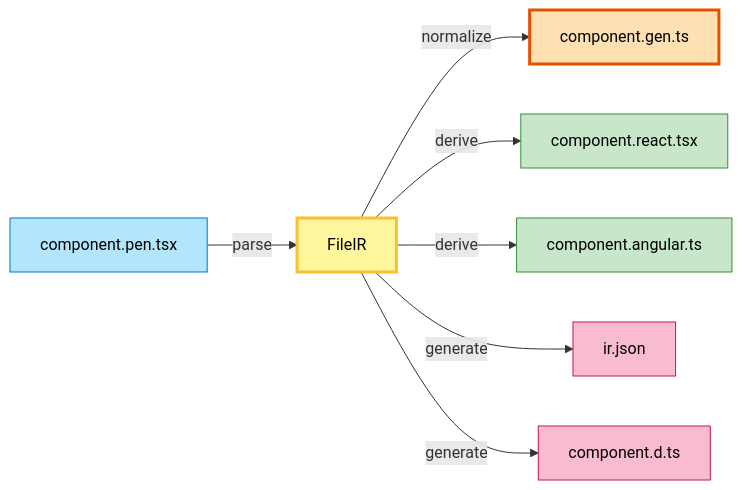
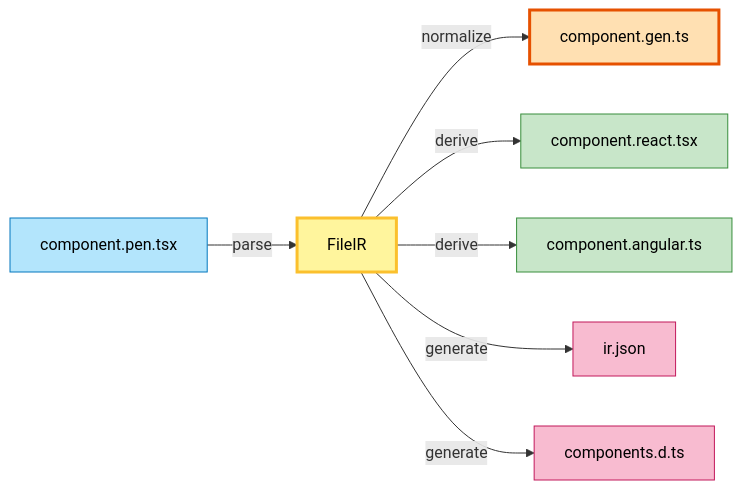
Before and after one commit to max-scopp/pencel: the diagram in apps/docs/src/content/docs/internals/understanding.mdx, drawn with Mermaid. The commit also changed other lines of this file and 35 other files, not shown here.

````diff
--- a/apps/docs/src/content/docs/internals/understanding.mdx
+++ b/apps/docs/src/content/docs/internals/understanding.mdx
@@ -79,26 +47,26 @@
 ```mermaid
 graph LR
     Source["component.pen.tsx"]
     IR["FileIR"]
     Gen["component.gen.ts"]
     React["component.react.tsx"]
     Angular["component.angular.ts"]
     IRJson["ir.json"]
-    Types["component.d.ts"]
+    Types["components.d.ts"]
     
     Source -->|parse| IR
     
     IR -->|normalize| Gen
     IR -->|derive| React
     IR -->|derive| Angular
     IR -->|generate| IRJson
     IR -->|generate| Types
     
     style Source fill:#b3e5fc,stroke:#0277bd,color:#000
     style IR fill:#fff59d,stroke:#fbc02d,stroke-width:3px,color:#000
     style Gen fill:#ffe0b2,stroke:#e65100,stroke-width:3px,color:#000
     style React fill:#c8e6c9,stroke:#388e3c,color:#000
     style Angular fill:#c8e6c9,stroke:#388e3c,color:#000
     style IRJson fill:#f8bbd0,stroke:#c2185b,color:#000
     style Types fill:#f8bbd0,stroke:#c2185b,color:#000
 ```
````
